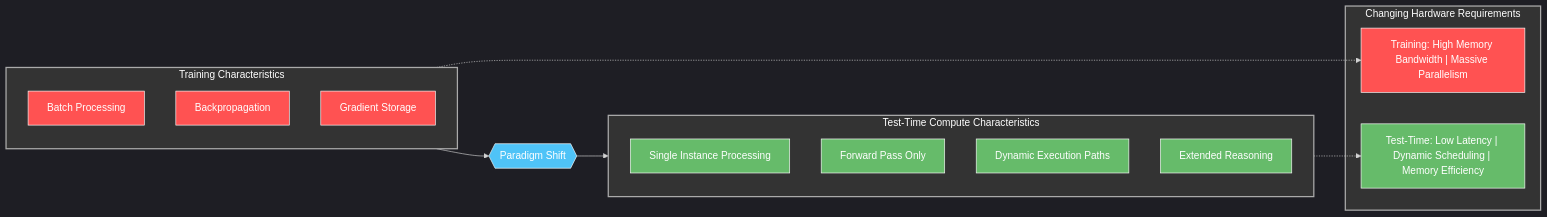
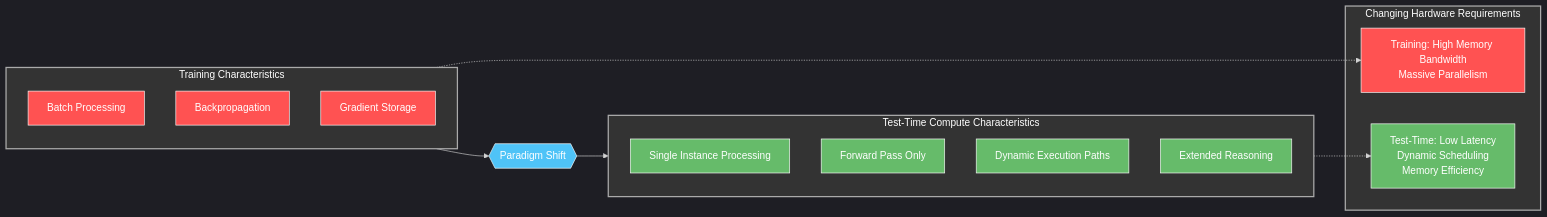
The third of 6 diagrams in 06 SpeakEZs Olivier and Prospero.md (houstonhaynes/AD4SDocs), drawn with Mermaid before and after one commit. The commit also changed other lines of this file and 5 other files, not shown here.

Commit message:
fix mermaid part two

````diff
--- a/06 SpeakEZs Olivier and Prospero.md
+++ b/06 SpeakEZs Olivier and Prospero.md
@@ -196,41 +196,41 @@
 ```mermaid
 %%{init: {'theme': 'dark', 'themeVariables': { 'primaryColor': '#242424', 'primaryTextColor': '#fff', 'primaryBorderColor': '#888', 'lineColor': '#d3d3d3', 'secondaryColor': '#2b2b2b', 'tertiaryColor': '#333' }}}%%
 graph LR
     subgraph Training["Training Characteristics"]
         Batch["Batch Processing"]
         BackProp["Backpropagation"]
         GradStore["Gradient Storage"]
     end
     
     subgraph Inference["Test-Time Compute Characteristics"]
         SingleInstance["Single Instance Processing"]
         Forward["Forward Pass Only"]
         DynamicTopology["Dynamic Execution Paths"]
         Reasoning["Extended Reasoning"]
     end
     
     Training --> Shift{{"Paradigm Shift"}}
     Shift --> Inference
     
     subgraph HardwareNeeds["Changing Hardware Requirements"]
-        TrainGPU["Training: High Memory Bandwidth | Massive Parallelism"]
-        InferenceNeeds["Test-Time: Low Latency | Dynamic Scheduling | Memory Efficiency"]
+        TrainGPU["Training: High Memory Bandwidth<br>Massive Parallelism"]
+        InferenceNeeds["Test-Time: Low Latency<br>Dynamic Scheduling<br>Memory Efficiency"]
     end
     
     Training -.-> TrainGPU
     Inference -.-> InferenceNeeds
     
     style Training fill:#333,stroke:#aaa,stroke-width:2px,color:#fff
     style Inference fill:#333,stroke:#aaa,stroke-width:2px,color:#fff
     style HardwareNeeds fill:#333,stroke:#aaa,stroke-width:2px,color:#fff
     style Batch fill:#FF5252,stroke:#fff,stroke-width:1px,color:#fff
     style BackProp fill:#FF5252,stroke:#fff,stroke-width:1px,color:#fff
     style GradStore fill:#FF5252,stroke:#fff,stroke-width:1px,color:#fff
     style SingleInstance fill:#66BB6A,stroke:#fff,stroke-width:1px,color:#fff
     style Forward fill:#66BB6A,stroke:#fff,stroke-width:1px,color:#fff
     style DynamicTopology fill:#66BB6A,stroke:#fff,stroke-width:1px,color:#fff
     style Reasoning fill:#66BB6A,stroke:#fff,stroke-width:1px,color:#fff
     style Shift fill:#4FC3F7,stroke:#fff,stroke-width:1px,color:#fff
     style TrainGPU fill:#FF5252,stroke:#fff,stroke-width:1px,color:#fff
     style InferenceNeeds fill:#66BB6A,stroke:#fff,stroke-width:1px,color:#fff
 ```
````
